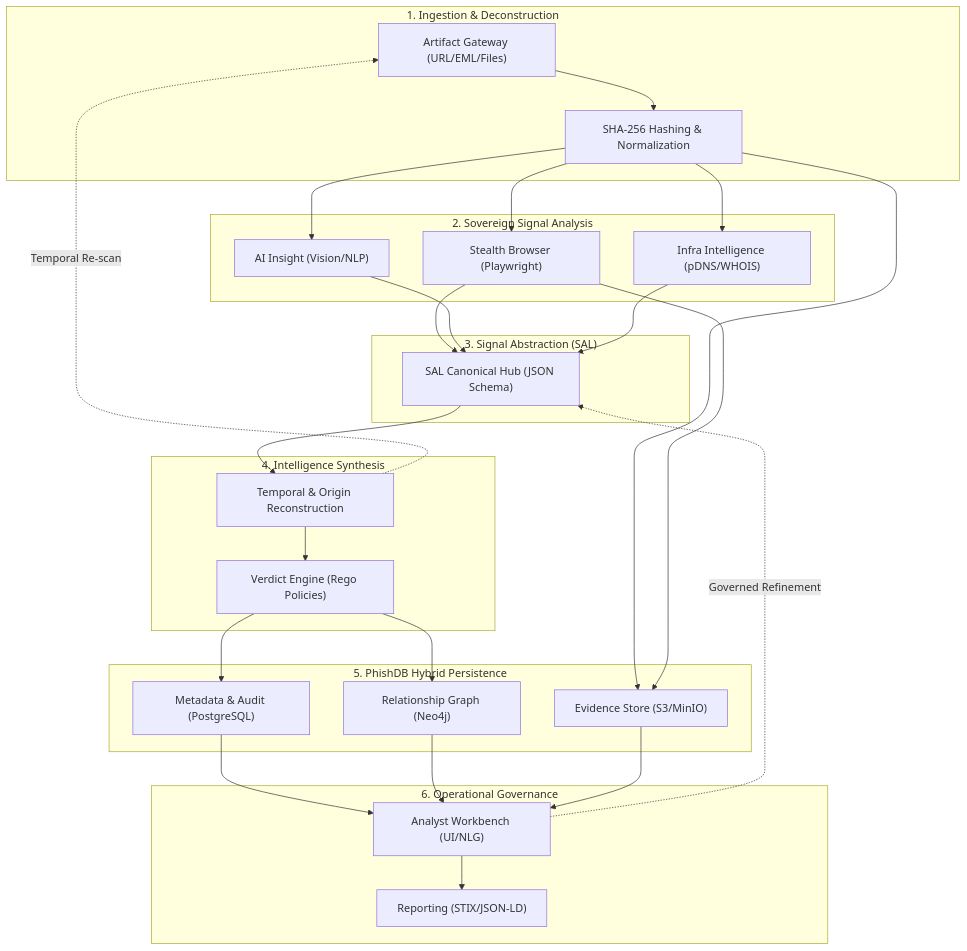
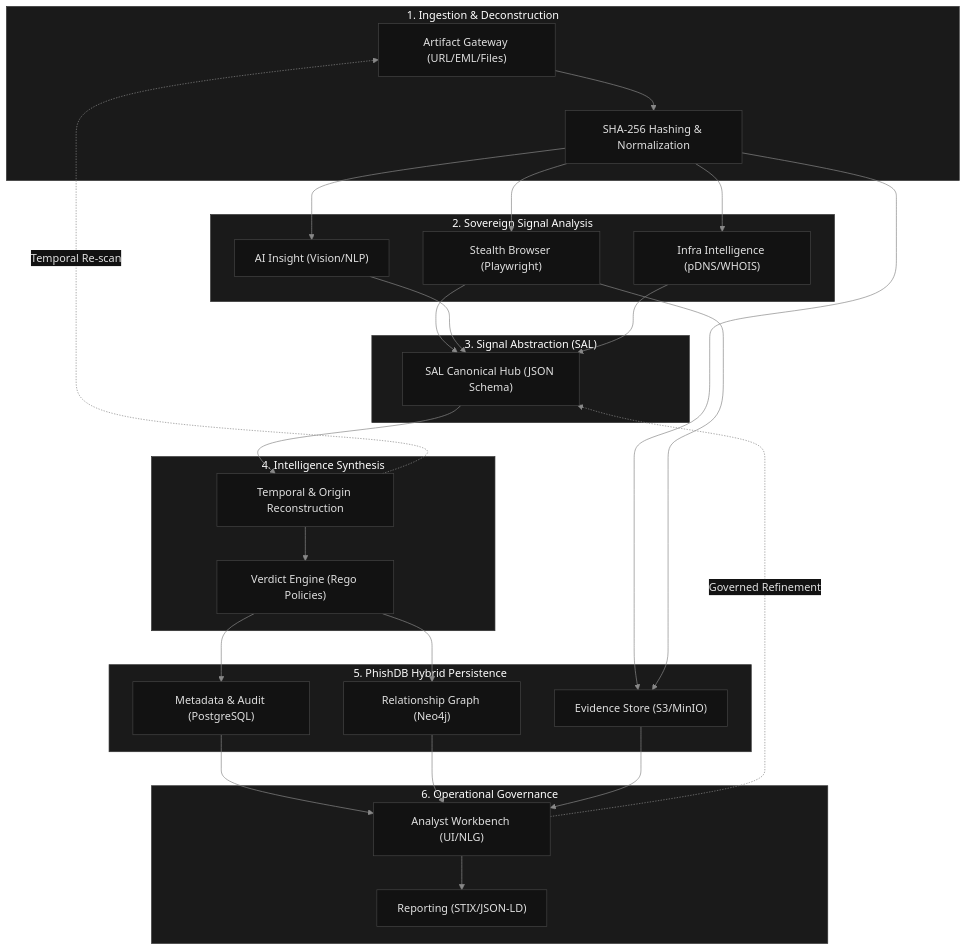
Before and after one commit to Tejaswini4119/PhishVault: the diagram in newideas/PhishVault-2-TW.md, drawn with Mermaid.

Commit message:
feat: Add initial technical workbook and system design specification for PhishVault-2.

````diff
--- a/newideas/PhishVault-2-TW.md
+++ b/newideas/PhishVault-2-TW.md
@@ -56,36 +56,55 @@
 ```mermaid
+%%{init: {
+  'theme': 'base',
+  'themeVariables': {
+    'primaryColor': '#1a1a1a',
+    'primaryTextColor': '#e0e0e0',
+    'primaryBorderColor': '#333333',
+    'lineColor': '#888888',
+    'secondaryColor': '#1a1a1a',
+    'tertiaryColor': '#1a1a1a',
+    'mainBkg': '#121212',
+    'nodeBkg': '#1a1a1a',
+    'nodeBorder': '#444444',
+    'clusterBkg': '#1a1a1a',
+    'clusterBorder': '#333333',
+    'defaultLinkColor': '#888888',
+    'titleColor': '#ffffff',
+    'edgeLabelBackground':'#121212'
+  }
+}}%%
 graph TD
     subgraph "1. Ingestion & Deconstruction"
         A["Artifact Gateway (URL/EML/Files)"] --> B["SHA-256 Hashing & Normalization"]
     end
 
     subgraph "2. Sovereign Signal Analysis"
         B --> C1["Stealth Browser (Playwright)"]
         B --> C2["AI Insight (Vision/NLP)"]
         B --> C3["Infra Intelligence (pDNS/WHOIS)"]
     end
 
     subgraph "3. Signal Abstraction (SAL)"
         C1 & C2 & C3 --> D["SAL Canonical Hub (JSON Schema)"]
     end
 
     subgraph "4. Intelligence Synthesis"
         D --> E["Temporal & Origin Reconstruction"]
         E --> F["Verdict Engine (Rego Policies)"]
     end
 
     subgraph "5. PhishDB Hybrid Persistence"
         F --> G1["Metadata & Audit (PostgreSQL)"]
         F --> G2["Relationship Graph (Neo4j)"]
         B & C1 --> G3["Evidence Store (S3/MinIO)"]
     end
 
     subgraph "6. Operational Governance"
         G1 & G2 & G3 --> H["Analyst Workbench (UI/NLG)"]
         H --> I["Reporting (STIX/JSON-LD)"]
     end
 
     %% Closed-Loop Feedback
     E -.->|Temporal Re-scan| A
     H -.->|Governed Refinement| D
 ```
````
